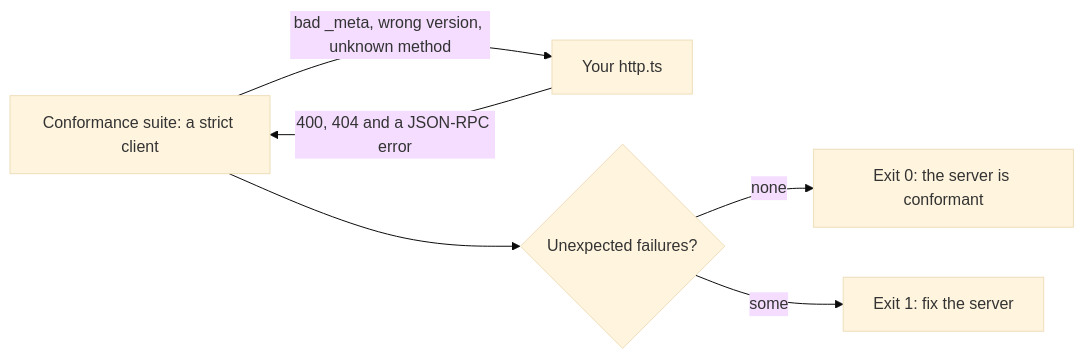
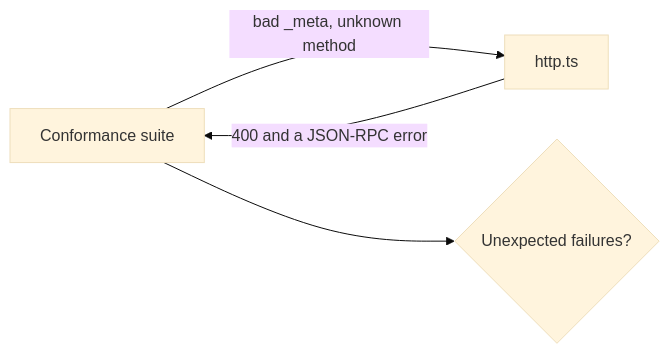
The diagram in parts/03-open-the-server-safely/02-pass-conformance/problem/README.md (learnwithparam/mcp-workshop), drawn with Mermaid (base theme) before and after one commit. The commit also changed other lines of this file and 153 other files, not shown here.

````diff
--- a/parts/03-open-the-server-safely/02-pass-conformance/problem/README.md
+++ b/parts/03-open-the-server-safely/02-pass-conformance/problem/README.md
@@ -13,8 +7,6 @@
 ```mermaid
 flowchart LR
-  C[Conformance suite: a strict client] -- "bad _meta, wrong version, unknown method" --> S[Your http.ts]
-  S -- "400, 404 and a JSON-RPC error" --> C
+  C[Conformance suite] -- "bad _meta, unknown method" --> S[http.ts]
+  S -- "400 and a JSON-RPC error" --> C
   C --> R{Unexpected failures?}
-  R -- none --> P[Exit 0: the server is conformant]
-  R -- some --> F[Exit 1: fix the server]
 ```
````
